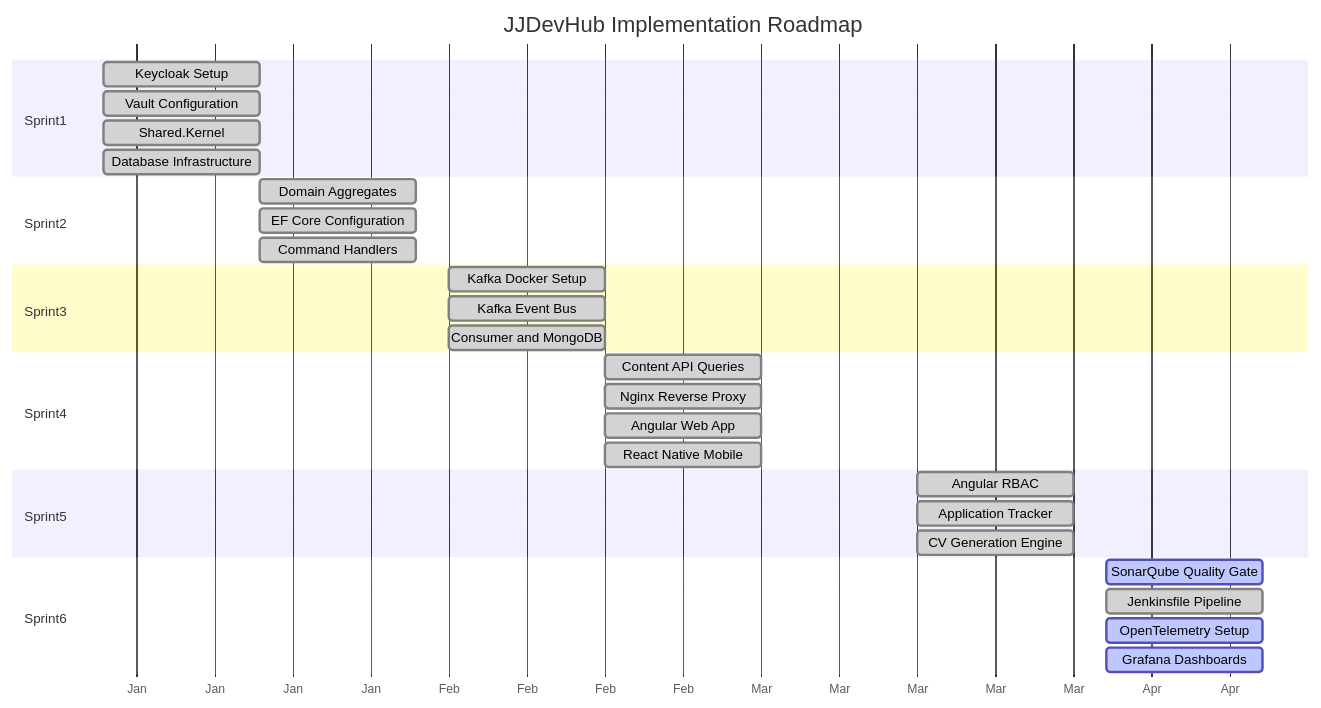
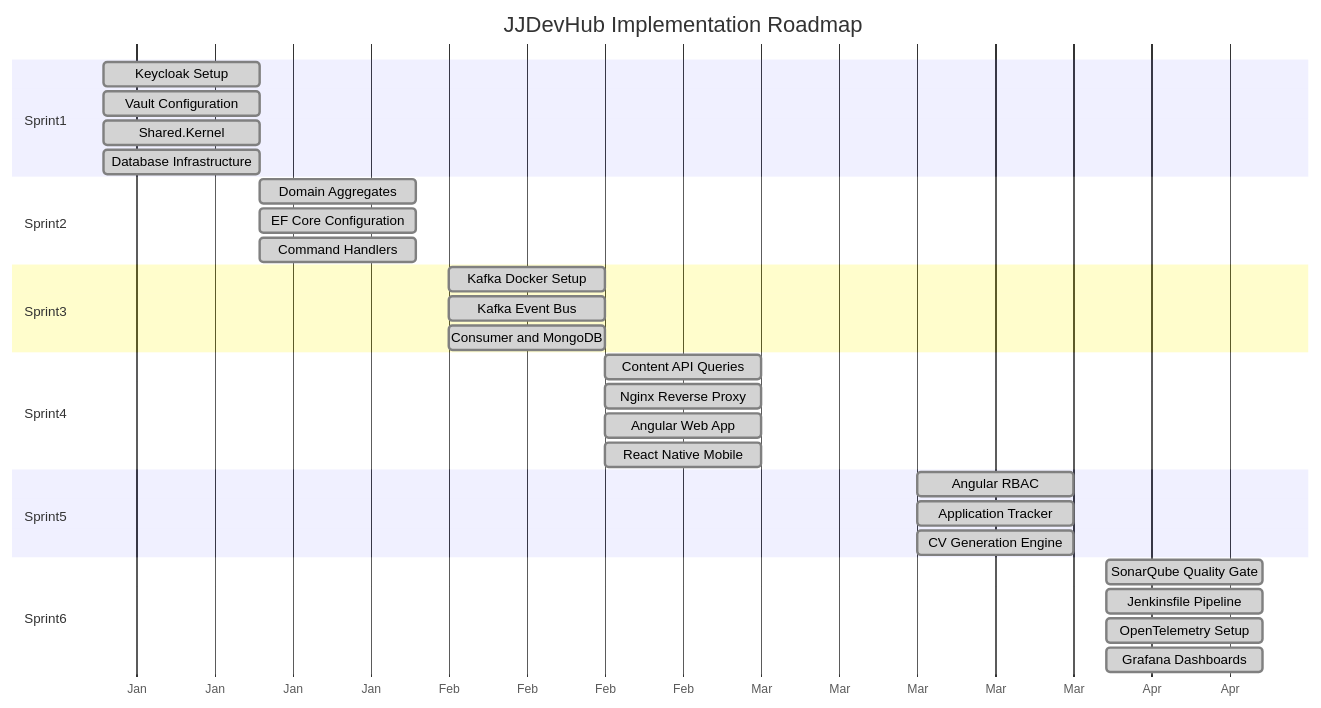
One commit to jtjaskulski/JJDevHub changed the diagram in docs/backlog/README.md. Above: the diagram before and after it, drawn with Mermaid. The commit also changed other lines of this file and 12 other files, not shown here.

````diff
--- a/docs/backlog/README.md
+++ b/docs/backlog/README.md
@@ -15,39 +15,39 @@
 ```mermaid
 gantt
     title JJDevHub Implementation Roadmap
     dateFormat YYYY-MM-DD
     axisFormat %b
 
     section Sprint1
     Keycloak Setup           :done, s1t1, 2026-01-01, 14d
     Vault Configuration      :done, s1t2, 2026-01-01, 14d
     Shared.Kernel            :done, s1t3, 2026-01-01, 14d
     Database Infrastructure  :done, s1t4, 2026-01-01, 14d
 
     section Sprint2
     Domain Aggregates        :done, s2t1, 2026-01-15, 14d
     EF Core Configuration    :done, s2t2, 2026-01-15, 14d
     Command Handlers         :done, s2t3, 2026-01-15, 14d
 
     section Sprint3
     Kafka Docker Setup       :done, s3t1, 2026-02-01, 14d
     Kafka Event Bus          :done, s3t2, 2026-02-01, 14d
     Consumer and MongoDB     :done, s3t3, 2026-02-01, 14d
 
     section Sprint4
     Content API Queries      :done, s4t1, 2026-02-15, 14d
     Nginx Reverse Proxy      :done, s4t2, 2026-02-15, 14d
     Angular Web App          :done, s4t3, 2026-02-15, 14d
     React Native Mobile      :done, s4t4, 2026-02-15, 14d
 
     section Sprint5
     Angular RBAC             :done, s5t1, 2026-03-15, 14d
     Application Tracker      :done, s5t2, 2026-03-15, 14d
     CV Generation Engine     :done, s5t3, 2026-03-15, 14d
 
     section Sprint6
-    SonarQube Quality Gate   :active, s6t1, 2026-04-01, 14d
+    SonarQube Quality Gate   :done, s6t1, 2026-04-01, 14d
     Jenkinsfile Pipeline     :done, s6t2, 2026-04-01, 14d
-    OpenTelemetry Setup      :active, s6t3, 2026-04-01, 14d
-    Grafana Dashboards       :active, s6t4, 2026-04-01, 14d
+    OpenTelemetry Setup      :done, s6t3, 2026-04-01, 14d
+    Grafana Dashboards       :done, s6t4, 2026-04-01, 14d
 ```
````
